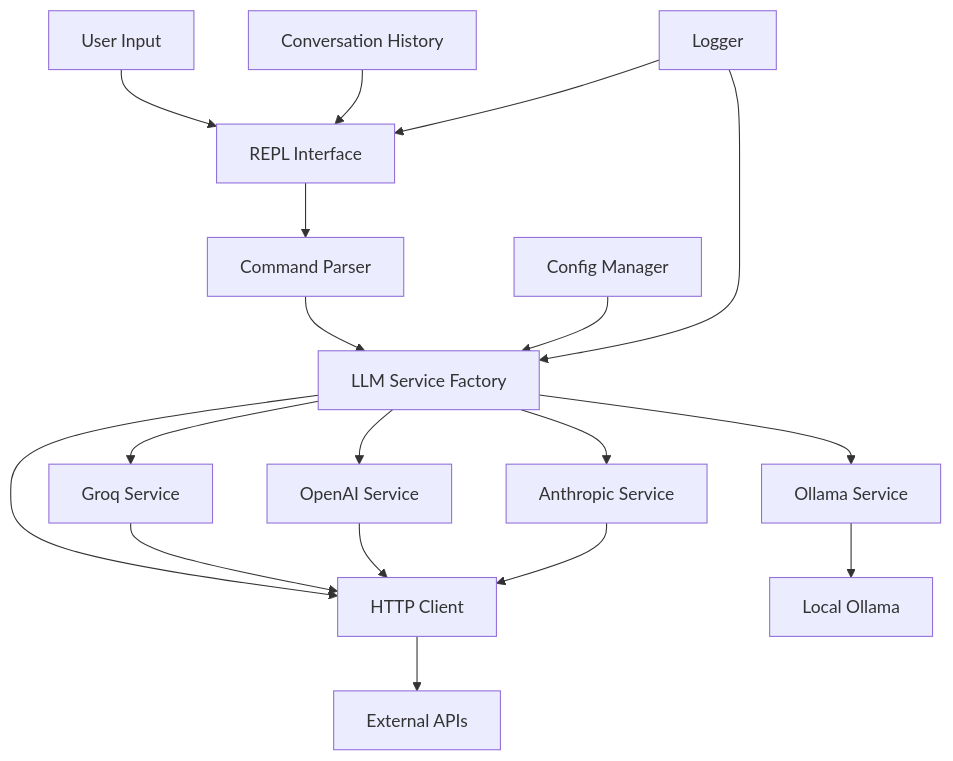
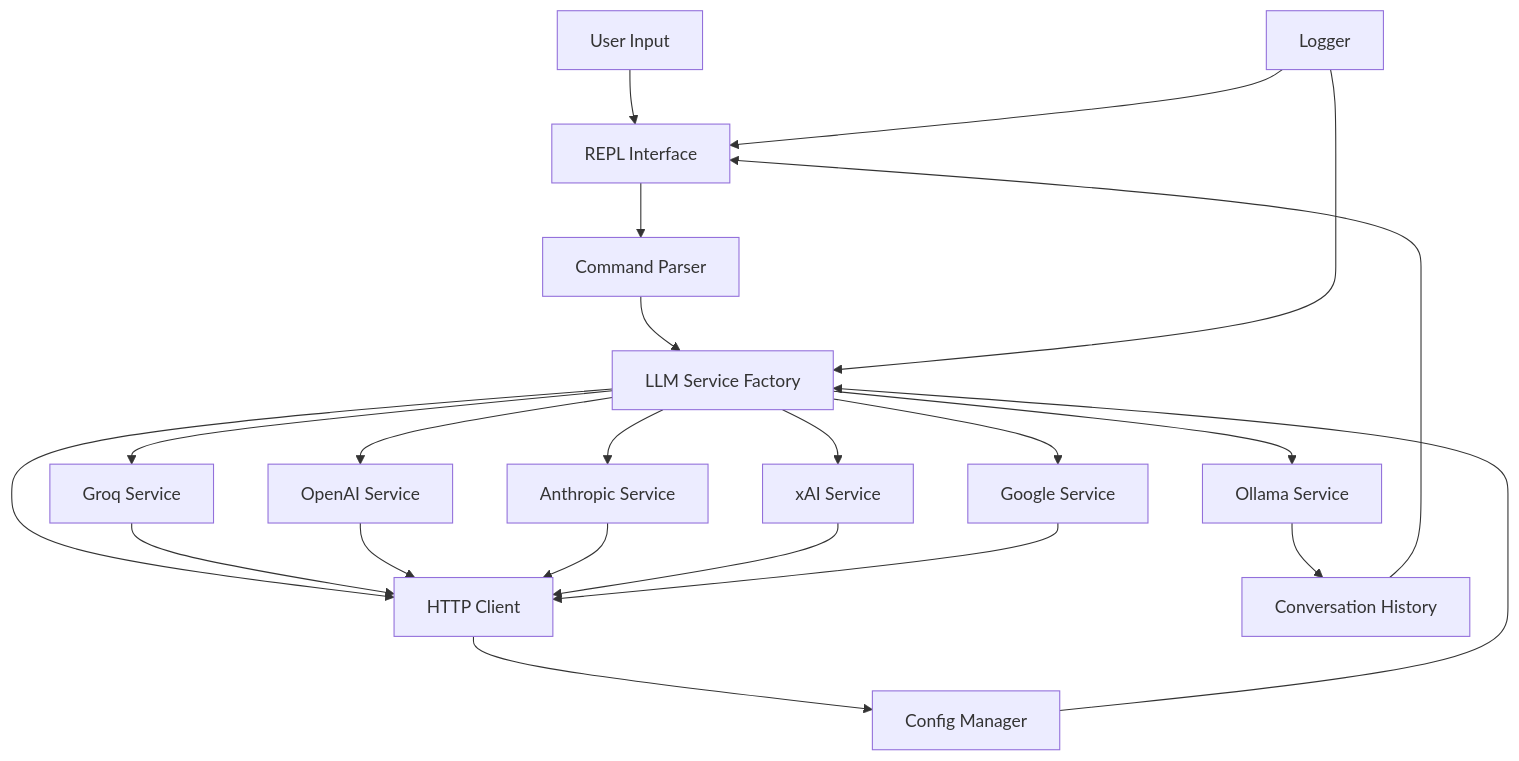
The diagram in README.md (cschladetsch/CppLlmCLI), drawn with Mermaid before and after one commit. The commit also changed other lines of this file and 3 other files, not shown here.

````diff
--- a/README.md
+++ b/README.md
@@ -7,23 +7,27 @@
 ```mermaid
 graph TD
     A[User Input] --> B[REPL Interface]
     B --> C[Command Parser]
     C --> D[LLM Service Factory]
     D --> E[HTTP Client]
 
     D --> F[Groq Service]
     D --> G[OpenAI Service]
     D --> H[Anthropic Service]
-    D --> I[Ollama Service]
+    D --> I[xAI Service]
+    D --> J[Google Service]
+    D --> K[Ollama Service]
 
-    E --> J[External APIs]
+    E --> L[External APIs]
     F --> E
     G --> E
     H --> E
-    I --> K[Local Ollama]
+    I --> E
+    J --> E
+    K --> M[Local Ollama]
 
     L[Config Manager] --> D
     M[Conversation History] --> B
     N[Logger] --> B
     N --> D
 ```
````
